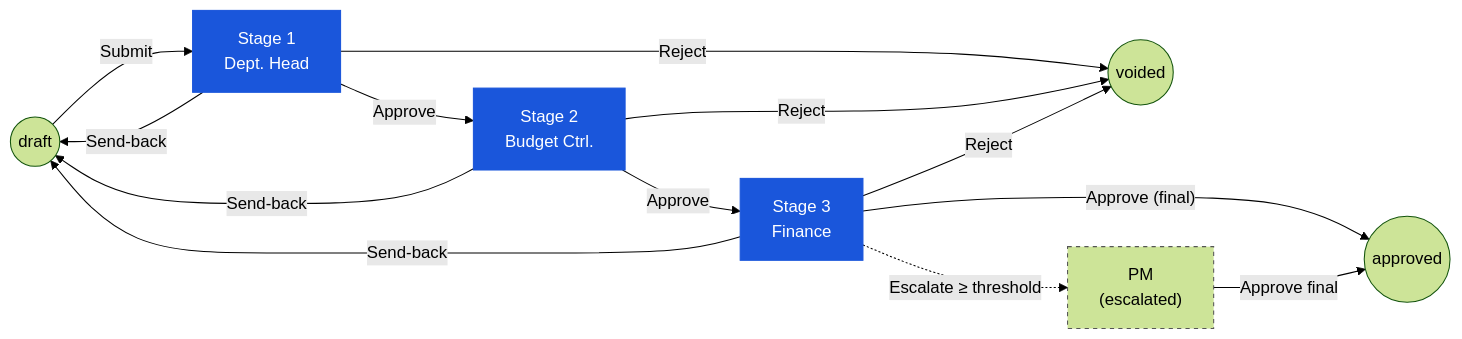
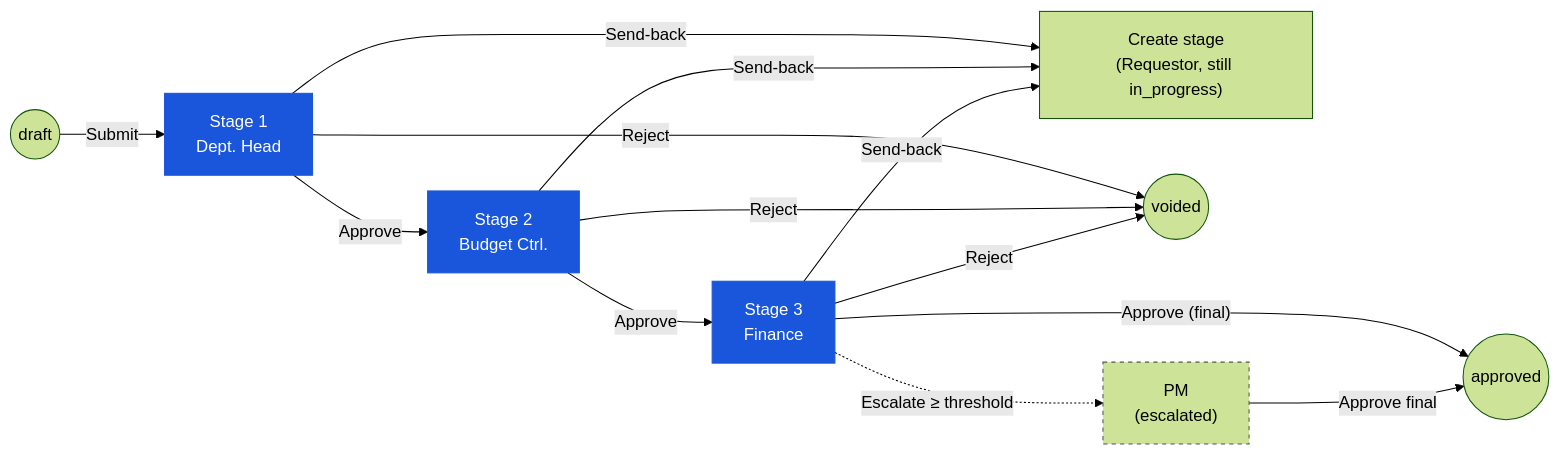
Before and after one commit to CarmenSoftware-organization/carmen-wiki: the diagram in en/inventory/purchase-request/03-user-flow-approver.md, drawn with Mermaid (forest theme). The commit also changed other lines of this file and 16 other files, not shown here.

````diff
--- a/en/inventory/purchase-request/03-user-flow-approver.md
+++ b/en/inventory/purchase-request/03-user-flow-approver.md
@@ -23,17 +23,17 @@
 ```mermaid
 graph LR
     draft(("draft")) -->|"Submit"| s1["Stage 1<br/>Dept. Head"]:::current
     s1 -->|"Approve"| s2["Stage 2<br/>Budget Ctrl."]:::current
     s2 -->|"Approve"| s3["Stage 3<br/>Finance"]:::current
     s3 -->|"Approve (final)"| approved(("approved"))
-    s1 -->|"Send-back"| draft
-    s2 -->|"Send-back"| draft
-    s3 -->|"Send-back"| draft
+    s1 -->|"Send-back"| create["Create stage<br/>(Requestor, still in_progress)"]
+    s2 -->|"Send-back"| create
+    s3 -->|"Send-back"| create
     s1 -->|"Reject"| voided(("voided"))
     s2 -->|"Reject"| voided
     s3 -->|"Reject"| voided
     s3 -.->|"Escalate ≥ threshold"| pm["PM<br/>(escalated)"]:::escalated
     pm -->|"Approve final"| approved
     classDef current fill:#1a56db,color:#fff,stroke:#1a56db;
     classDef escalated stroke-dasharray: 4 4,stroke:#555;
 ```
````
